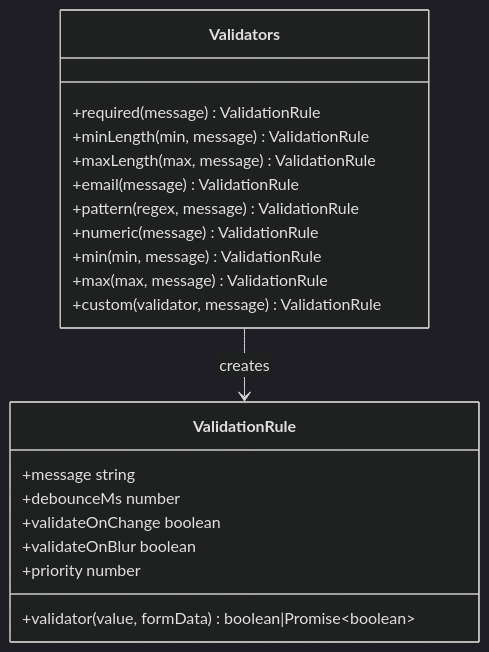
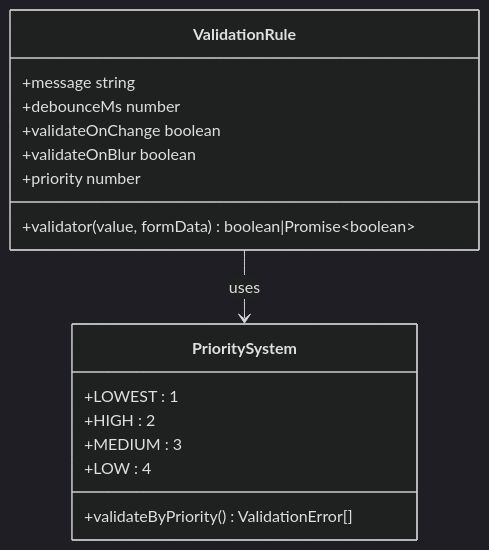
Before and after one commit to geniusdynamics/schoolpilot: the second of 12 diagrams in .qoder/repowiki/en/content/Core Systems/Form Hooks System.md, drawn with Mermaid (dark theme). The commit also changed other lines of this file and 6 other files, not shown here.

````diff
--- a/.qoder/repowiki/en/content/Core Systems/Form Hooks System.md
+++ b/.qoder/repowiki/en/content/Core Systems/Form Hooks System.md
@@ -109,23 +133,19 @@
 ```mermaid
 classDiagram
-class Validators {
-+required(message) ValidationRule
-+minLength(min, message) ValidationRule
-+maxLength(max, message) ValidationRule
-+email(message) ValidationRule
-+pattern(regex, message) ValidationRule
-+numeric(message) ValidationRule
-+min(min, message) ValidationRule
-+max(max, message) ValidationRule
-+custom(validator, message) ValidationRule
-}
 class ValidationRule {
 +validator(value, formData) boolean|Promise~boolean~
 +message string
 +debounceMs number
 +validateOnChange boolean
 +validateOnBlur boolean
 +priority number
 }
-Validators --> ValidationRule : creates
+class PrioritySystem {
++LOWEST : 1
++HIGH : 2
++MEDIUM : 3
++LOW : 4
++validateByPriority() ValidationError[]
+}
+ValidationRule --> PrioritySystem : uses
 ```
````
